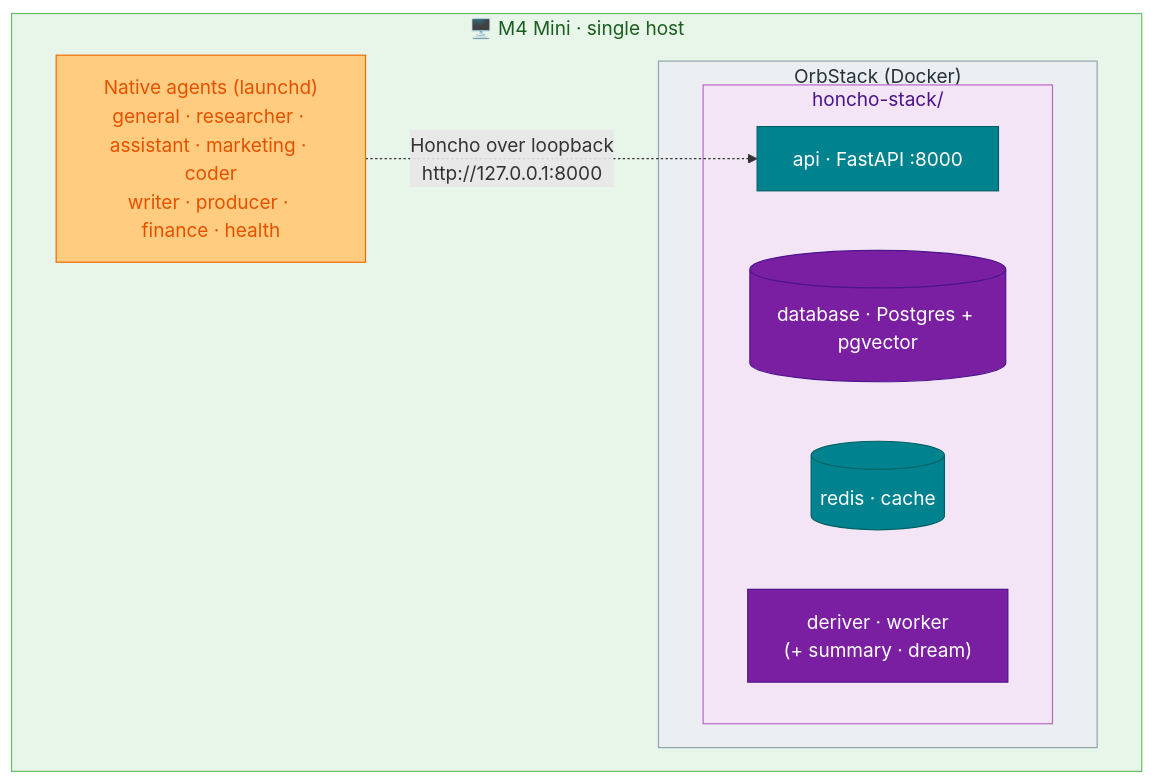
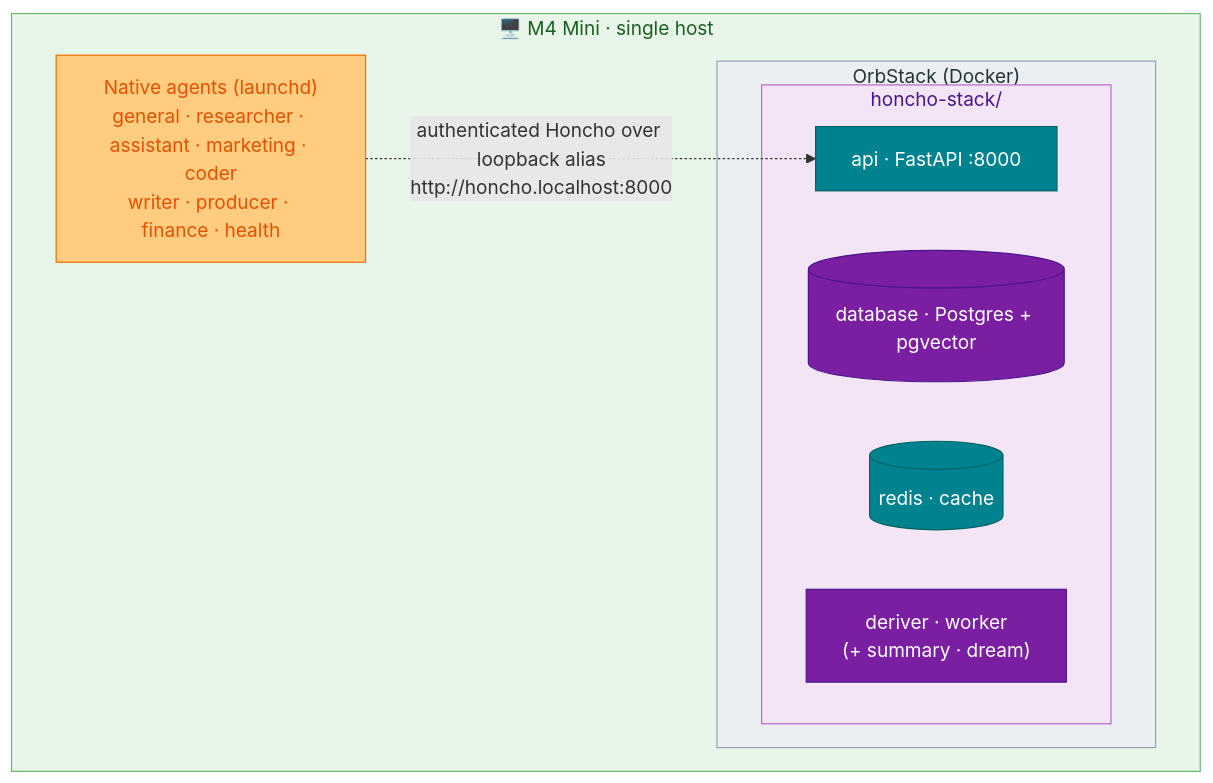
The second of 2 diagrams in docs/07-memory.md (mpolatcan/hermes-setup), drawn with Mermaid before and after one commit. The commit also changed other lines of this file and 15 other files, not shown here.

````diff
--- a/docs/07-memory.md
+++ b/docs/07-memory.md
@@ -106,21 +107,21 @@
 ```mermaid
 flowchart TB
     subgraph mini["🖥️ M4 Mini · single host"]
         ag["Native agents (launchd)<br/>general · researcher · assistant · marketing · coder<br/>writer · producer · finance · health"]:::codex
         subgraph orb["OrbStack (Docker)"]
             subgraph hs["honcho-stack/"]
                 api["api · FastAPI :8000"]:::svc
                 db[("database · Postgres + pgvector")]:::infra
                 redis[("redis · cache")]:::svc
                 deriver["deriver · worker<br/>(+ summary · dream)"]:::infra
             end
         end
     end
-    ag -. "Honcho over loopback<br/>http://127.0.0.1:8000" .-> api
+    ag -. "authenticated Honcho over loopback alias<br/>http://honcho.localhost:8000" .-> api
     classDef codex fill:#FFCC80,stroke:#EF6C00,color:#E65100
     classDef svc fill:#00838F,stroke:#006064,color:#fff
     classDef infra fill:#7B1FA2,stroke:#4A148C,color:#fff
     style mini fill:#E8F5E9,stroke:#66BB6A,color:#1B5E20
     style orb fill:#ECEFF1,stroke:#90A4AE,color:#263238
     style hs fill:#F3E5F5,stroke:#BA68C8,color:#4A148C
 ```
````
